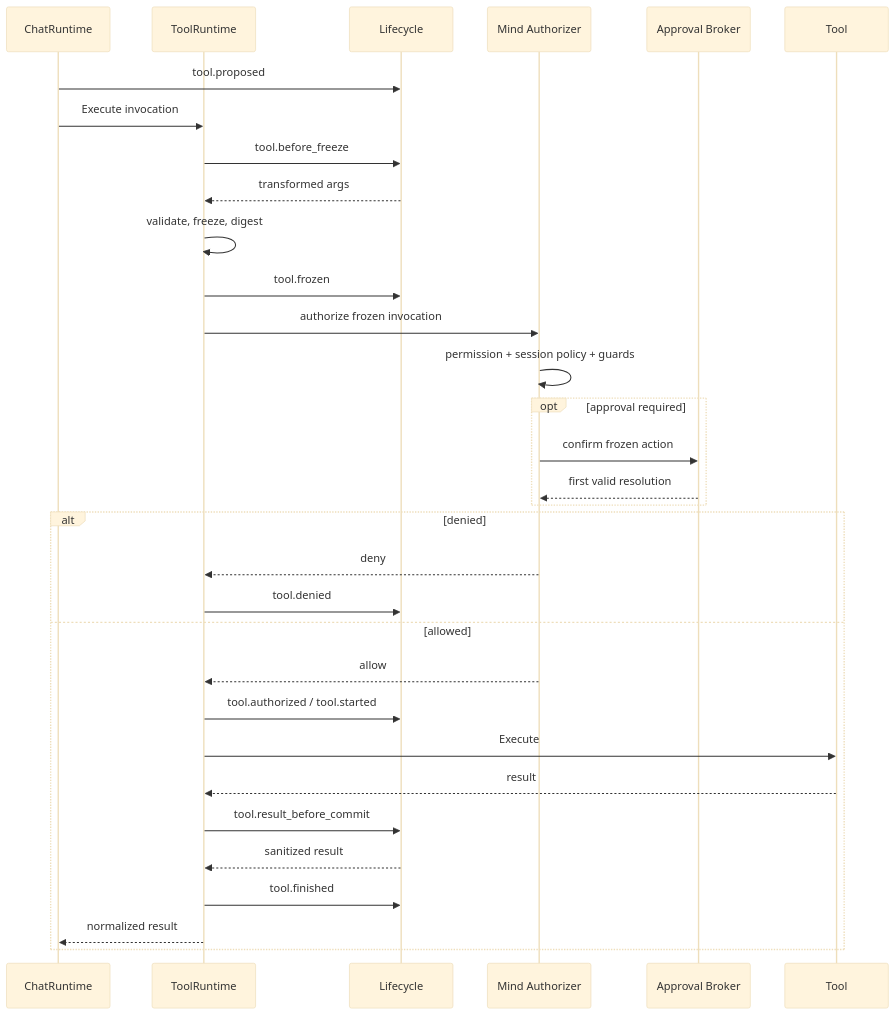
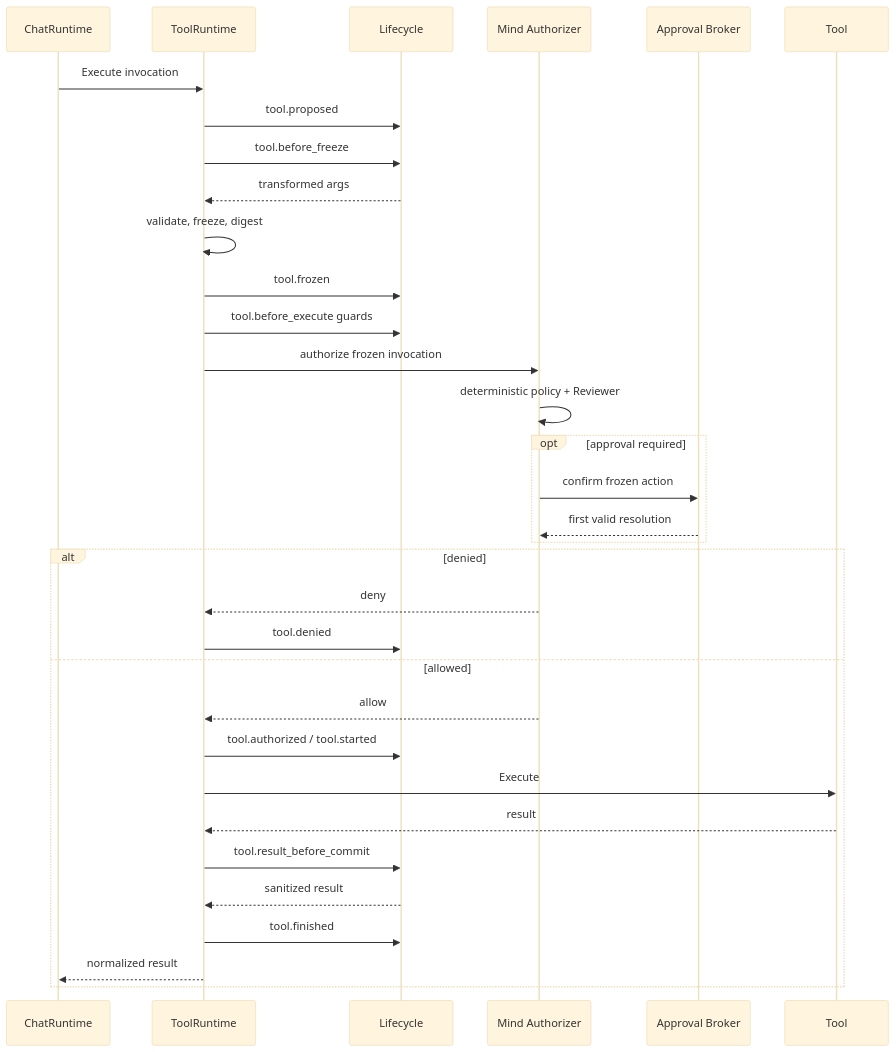
One commit to Sheyiyuan/half-pi changed the fourth of 5 diagrams in docs/lifecycle-hooks-and-security-audit.md. Above: the diagram before and after it, drawn with Mermaid (base theme). The commit also changed other lines of this file and 94 other files, not shown here.

````diff
--- a/docs/lifecycle-hooks-and-security-audit.md
+++ b/docs/lifecycle-hooks-and-security-audit.md
@@ -1295,35 +1313,36 @@
 ```mermaid
 sequenceDiagram
     participant C as ChatRuntime
     participant R as ToolRuntime
     participant L as Lifecycle
     participant A as Mind Authorizer
     participant B as Approval Broker
     participant T as Tool
 
-    C->>L: tool.proposed
     C->>R: Execute invocation
+    R->>L: tool.proposed
     R->>L: tool.before_freeze
     L-->>R: transformed args
     R->>R: validate, freeze, digest
     R->>L: tool.frozen
+    R->>L: tool.before_execute guards
     R->>A: authorize frozen invocation
-    A->>A: permission + session policy + guards
+    A->>A: deterministic policy + Reviewer
     opt approval required
         A->>B: confirm frozen action
         B-->>A: first valid resolution
     end
     alt denied
         A-->>R: deny
         R->>L: tool.denied
     else allowed
         A-->>R: allow
         R->>L: tool.authorized / tool.started
         R->>T: Execute
         T-->>R: result
         R->>L: tool.result_before_commit
         L-->>R: sanitized result
         R->>L: tool.finished
         R-->>C: normalized result
     end
 ```
````
